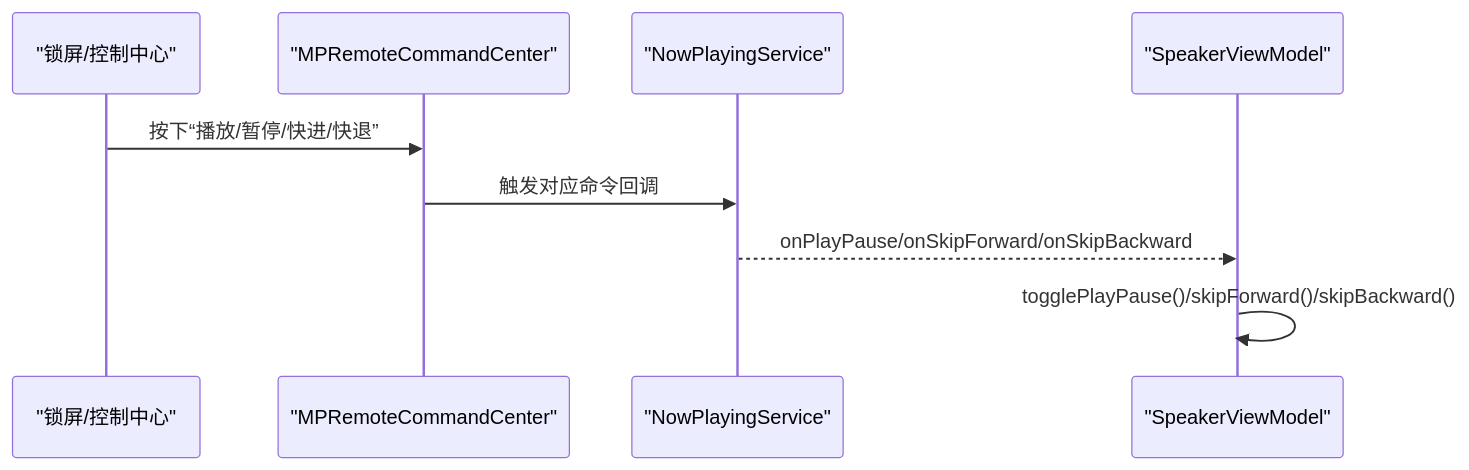
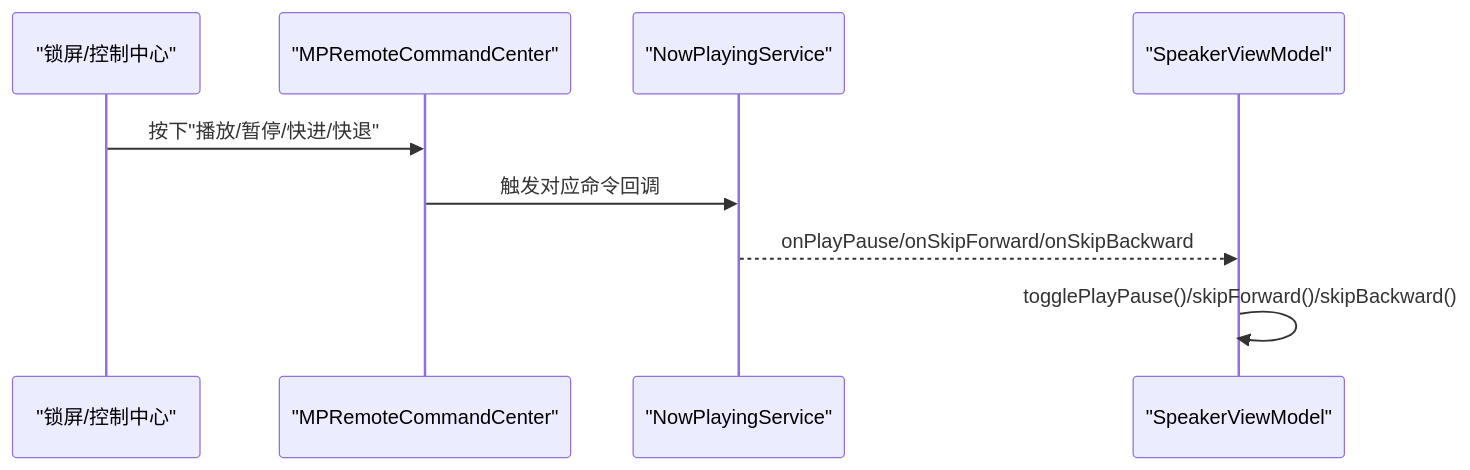
Before and after one commit to Primoguo/Knowledge: diagram 11 of 12 in .qoder/repowiki/zh/content/系统集成/音频会话管理.md, drawn with Mermaid. The commit also changed other lines of this file and 18 other files, not shown here.

````diff
--- a/.qoder/repowiki/zh/content/系统集成/音频会话管理.md
+++ b/.qoder/repowiki/zh/content/系统集成/音频会话管理.md
@@ -282,11 +465,11 @@
 ```mermaid
 sequenceDiagram
 participant Lock as "锁屏/控制中心"
 participant RC as "MPRemoteCommandCenter"
 participant NP as "NowPlayingService"
 participant VM as "SpeakerViewModel"
-Lock->>RC : 按下“播放/暂停/快进/快退”
+Lock->>RC : 按下"播放/暂停/快进/快退"
 RC->>NP : 触发对应命令回调
 NP-->>VM : onPlayPause/onSkipForward/onSkipBackward
 VM->>VM : togglePlayPause()/skipForward()/skipBackward()
 ```
````
